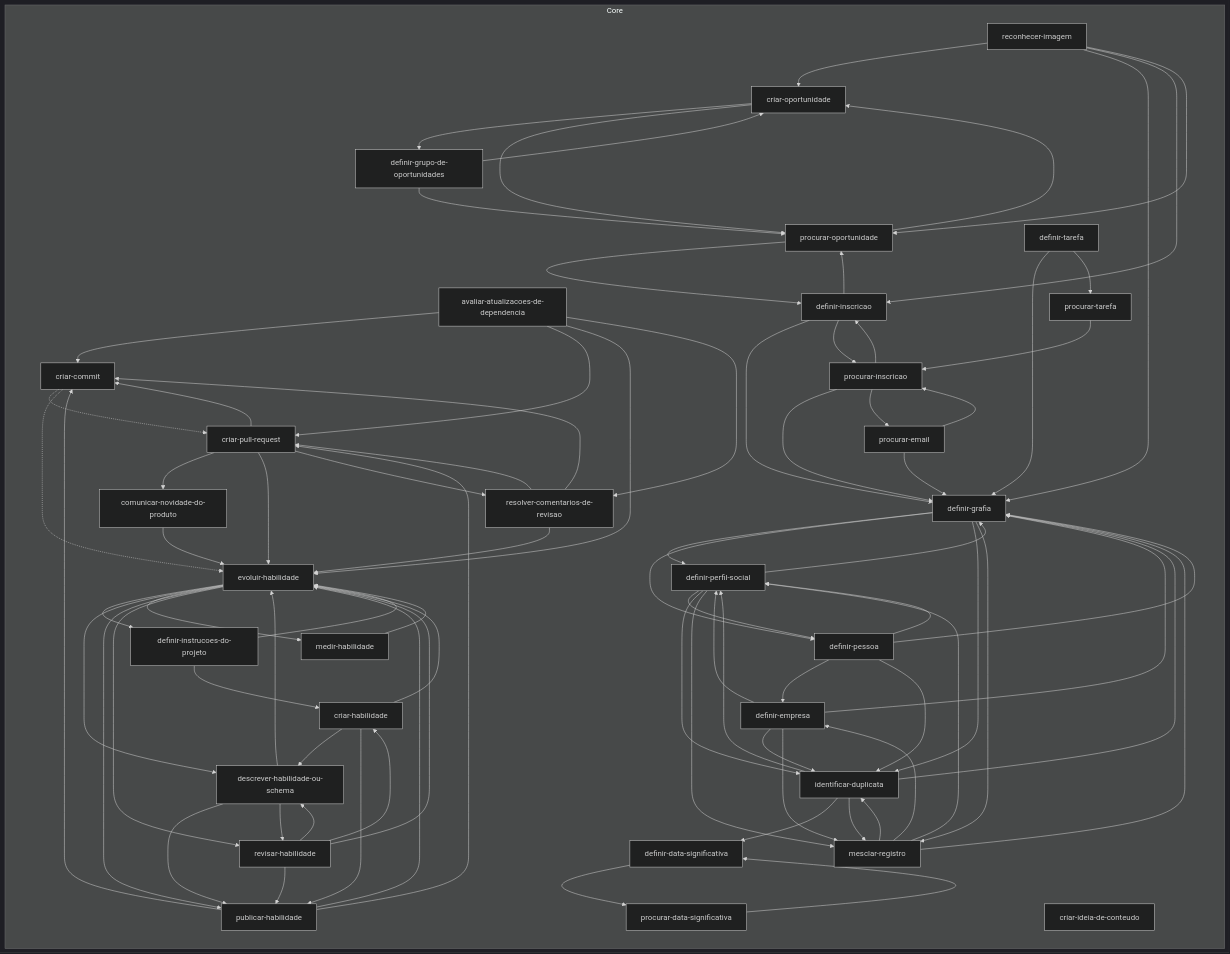
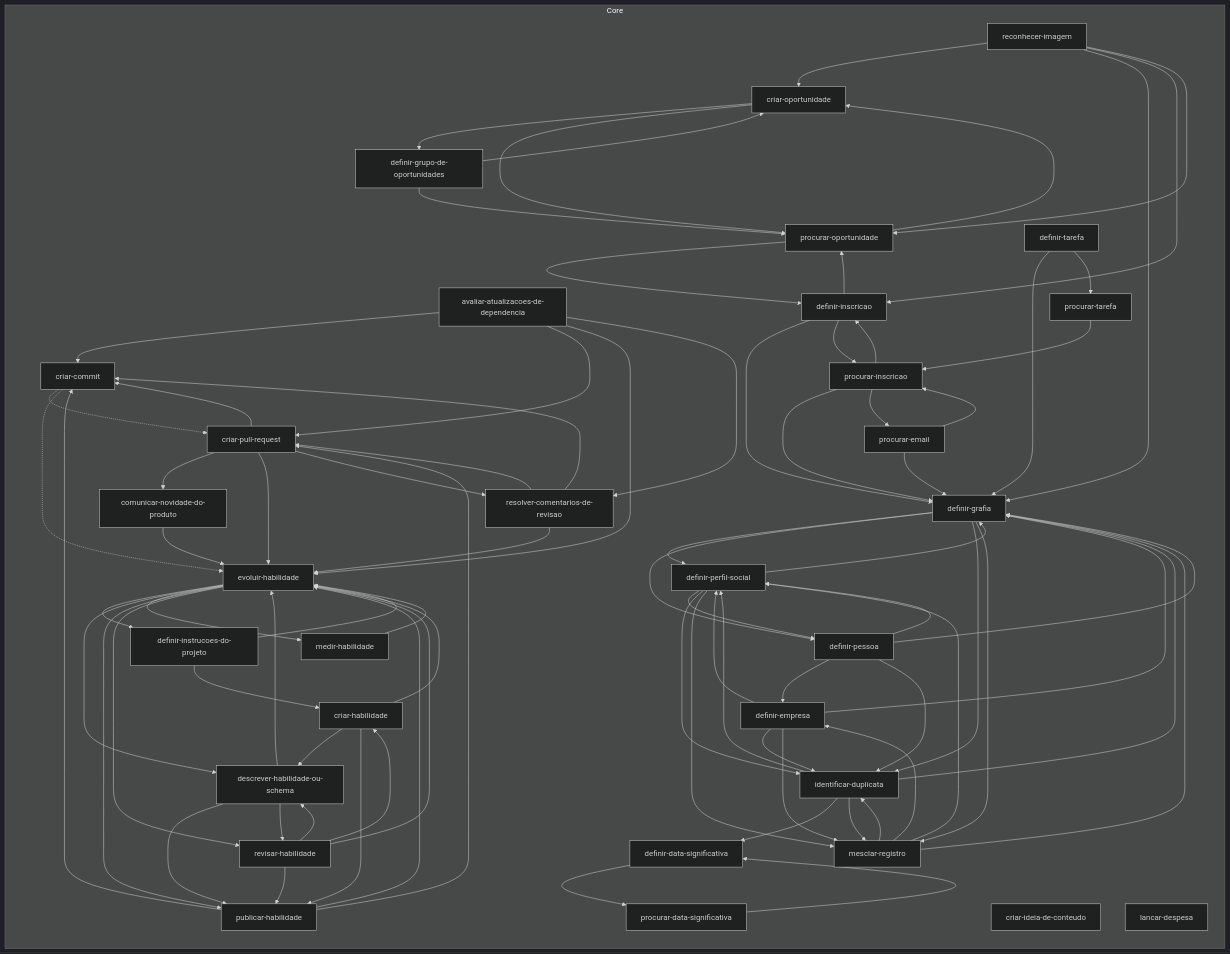
Before and after one commit to jimmyandrade/harness: the diagram in .agents/skills/README.md, drawn with Mermaid (dark theme). The commit also changed 4 other files, not shown here.

First line of the commit message:
feat(lancar-despesa): move the skill to the core

```diff
--- a/.agents/skills/README.md
+++ b/.agents/skills/README.md
@@ -30,6 +30,7 @@
     descrever_habilidade_ou_schema["descrever-habilidade-ou-schema"]
     evoluir_habilidade["evoluir-habilidade"]
     identificar_duplicata["identificar-duplicata"]
+    lancar_despesa["lancar-despesa"]
     medir_habilidade["medir-habilidade"]
     mesclar_registro["mesclar-registro"]
     procurar_data_significativa["procurar-data-significativa"]
```
